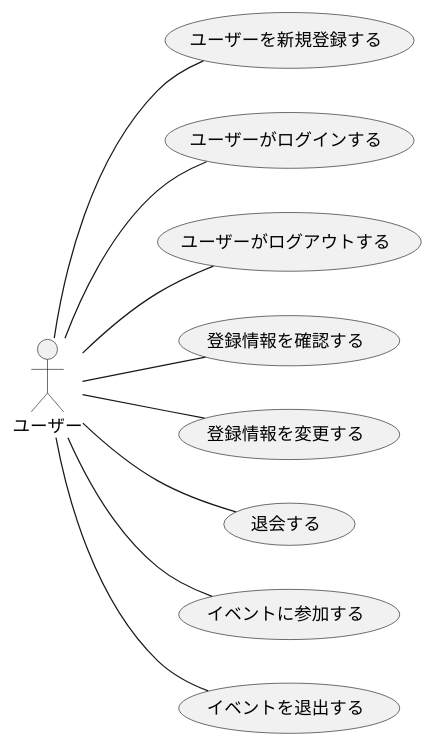
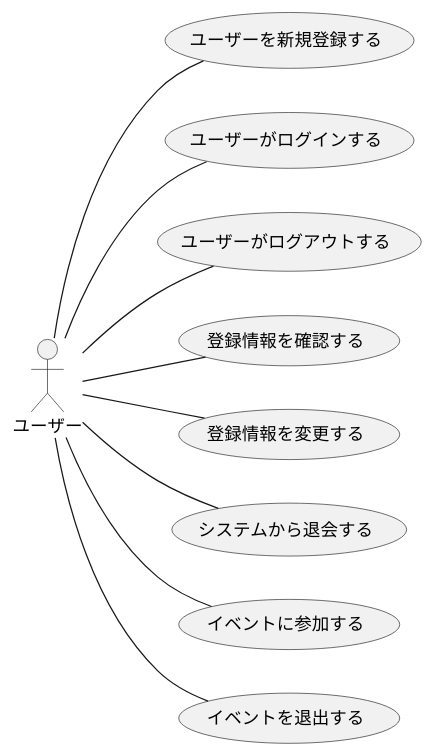
Before and after one commit to ksw2270227/GroupF: the diagram in F_usecase_user1.plantuml, drawn with PlantUML. The commit also changed 1 other file, not shown here.

```diff
--- a/F_usecase_user1.plantuml
+++ b/F_usecase_user1.plantuml
@@ -1,16 +1,16 @@
 @startuml user_usecase(1)
 
 left to right direction
 actor ユーザー
 
 ユーザー -- (ユーザーを新規登録する)
 ユーザー -- (ユーザーがログインする)
 ユーザー -- (ユーザーがログアウトする)
 ユーザー -- (登録情報を確認する)
 ユーザー -- (登録情報を変更する)
-ユーザー -- (退会する)
+ユーザー -- (システムから退会する)
 ユーザー -- (イベントに参加する)
 ユーザー -- (イベントを退出する)
 
 
 @enduml
```
